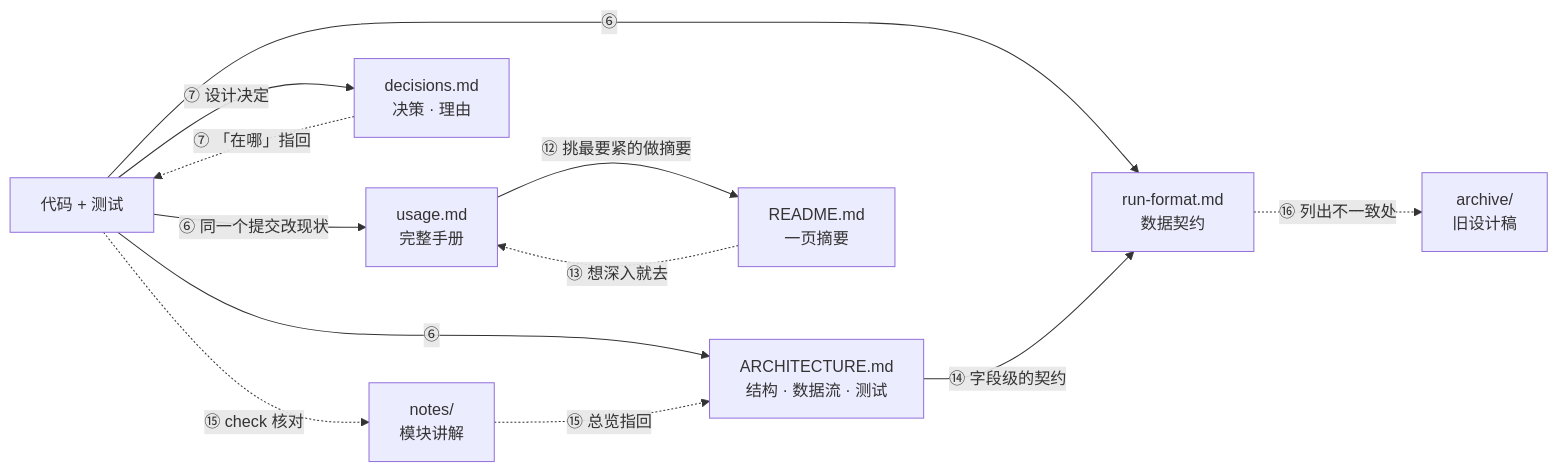
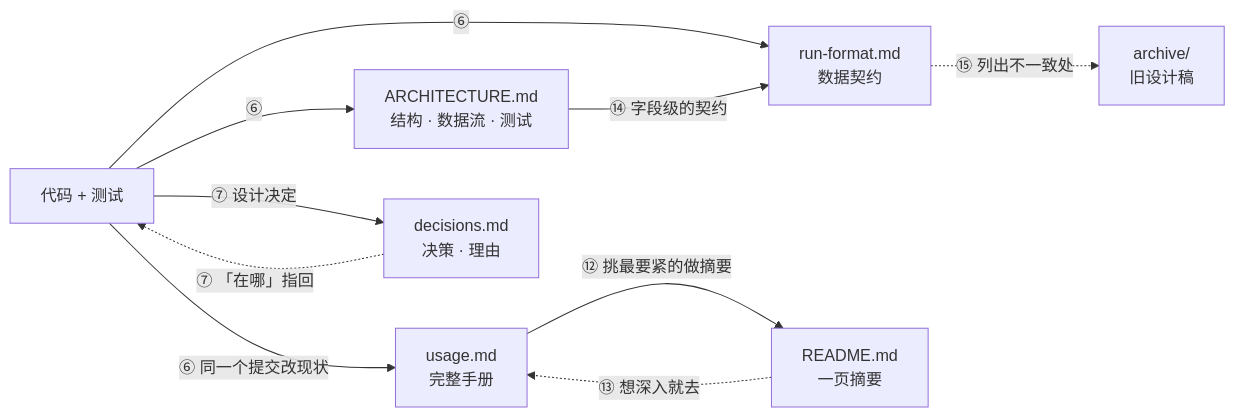
The second of 2 diagrams in docs/README.md (noviorlu/codestrata), drawn with Mermaid before and after one commit. The commit also changed other lines of this file and 48 other files, not shown here.

First line of the commit message:
Remove the notes layer: the product is about how the run path flows

````diff
--- a/docs/README.md
+++ b/docs/README.md
@@ -51,14 +50,12 @@
 ```mermaid
 flowchart LR
   CODE["代码 + 测试"] -->|"⑥ 同一个提交改现状"| US["usage.md<br/>完整手册"]
   CODE -->|"⑥"| AR["ARCHITECTURE.md<br/>结构 · 数据流 · 测试"]
   CODE -->|"⑥"| RF["run-format.md<br/>数据契约"]
   CODE -->|"⑦ 设计决定"| DC["decisions.md<br/>决策 · 理由"]
   DC -.->|"⑦ 「在哪」指回"| CODE
   US -->|"⑫ 挑最要紧的做摘要"| RM["README.md<br/>一页摘要"]
   RM -.->|"⑬ 想深入就去"| US
   AR -->|"⑭ 字段级的契约"| RF
-  CODE -.->|"⑮ check 核对"| NT["notes/<br/>模块讲解"]
-  NT -.->|"⑮ 总览指回"| AR
-  RF -.->|"⑯ 列出不一致处"| AX["archive/<br/>旧设计稿"]
+  RF -.->|"⑮ 列出不一致处"| AX["archive/<br/>旧设计稿"]
 ```
````
